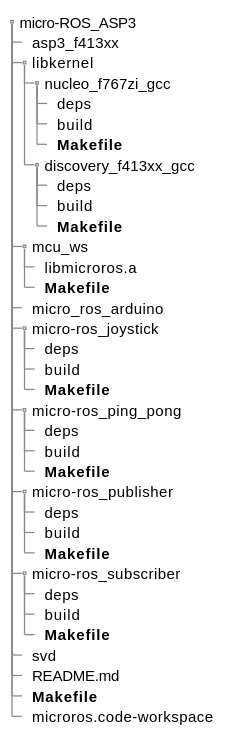
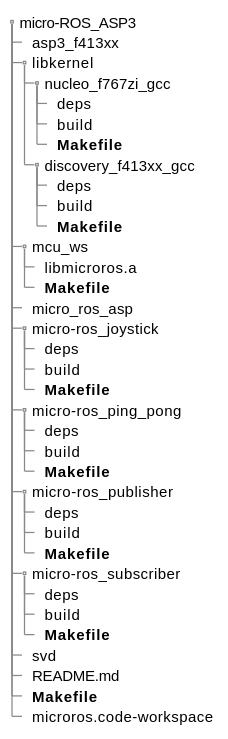
One commit to exshonda/micro-ROS_ASP3 changed the second of 3 diagrams in doc/toppers_stm32f413.md. Above: the diagram before and after it, drawn with PlantUML. The commit also changed 30 other files, not shown here.

````diff
--- a/doc/toppers_stm32f413.md
+++ b/doc/toppers_stm32f413.md
@@ -152,46 +152,46 @@
     ```plantuml
     @startuml
 
     salt
     {
     {T
         micro-ROS_ASP3
         + asp3_f413xx
         + libkernel
         ++ nucleo_f767zi_gcc
         +++ deps
         +++ build
         +++ **Makefile**
         ++ discovery_f413xx_gcc
         +++ deps
         +++ build
         +++ **Makefile**
         + mcu_ws
         ++ libmicroros.a
         ++ **Makefile**
-        + micro_ros_arduino
+        + micro_ros_asp
         + micro-ros_joystick
         ++ deps
         ++ build
         ++ **Makefile**
         + micro-ros_ping_pong
         ++ deps
         ++ build
         ++ **Makefile**
         + micro-ros_publisher
         ++ deps
         ++ build
         ++ **Makefile**
         + micro-ros_subscriber
         ++ deps
         ++ build
         ++ **Makefile**
         + svd
         + README.md
         + **Makefile**
         + microros.code-workspace
     }
     }
 
     @enduml
     ```
````
